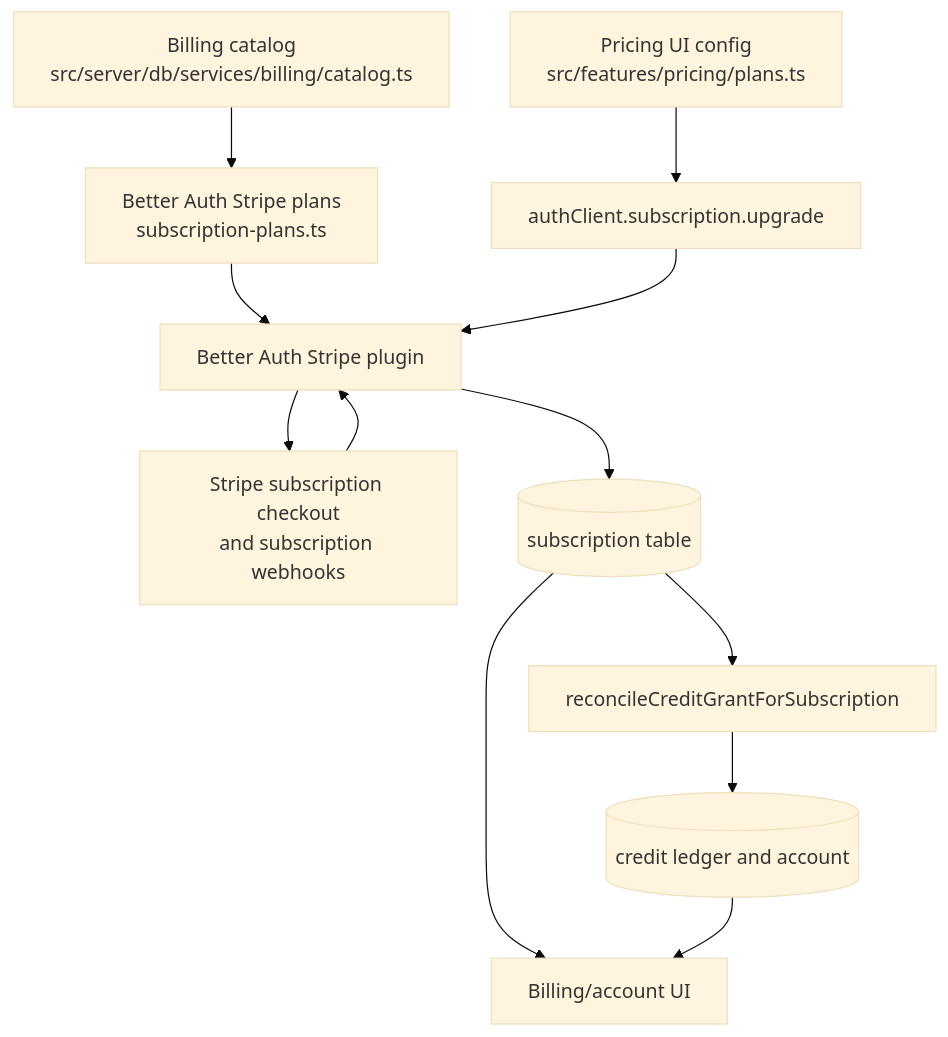
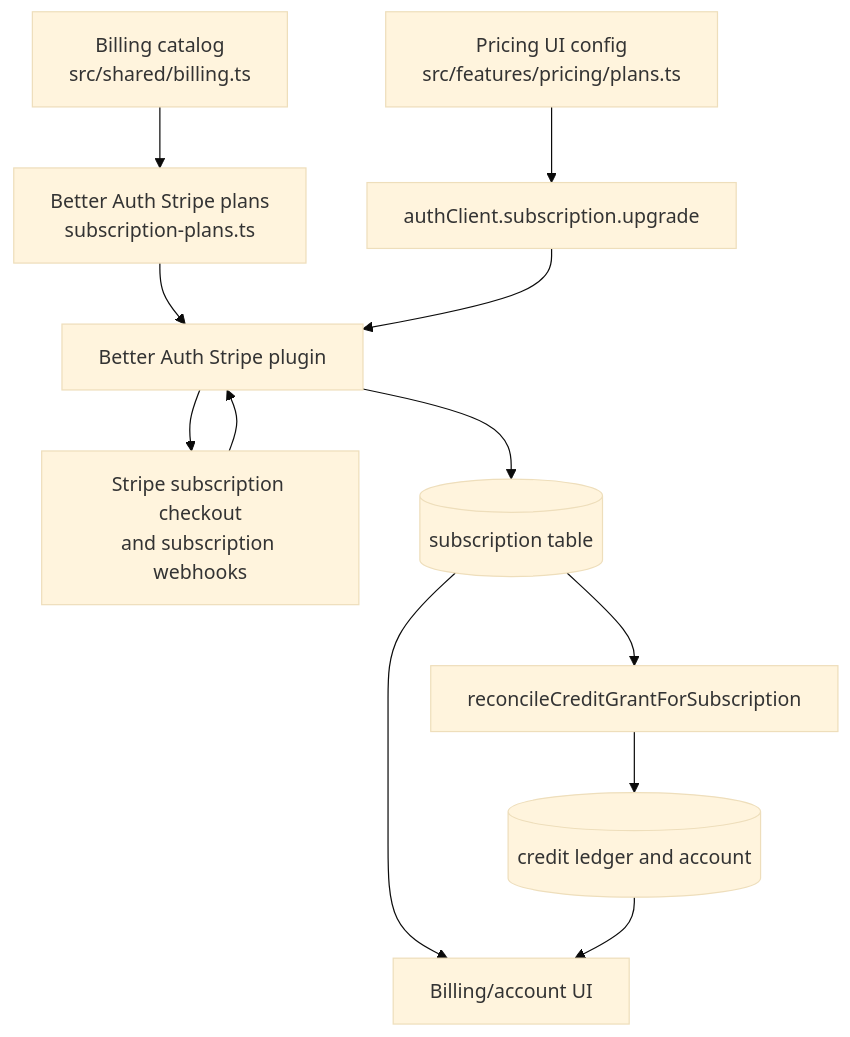
The first of 2 diagrams in docs/adapters/billing.md (shivamrun/mirage), drawn with Mermaid (base theme) before and after one commit. The commit also changed other lines of this file and 56 other files, not shown here.

````diff
--- a/docs/adapters/billing.md
+++ b/docs/adapters/billing.md
@@ -19,20 +18,20 @@
 ```mermaid
 flowchart TD
   pricing[Pricing UI config<br/>src/features/pricing/plans.ts]
-  catalog[Billing catalog<br/>src/server/db/services/billing/catalog.ts]
+  catalog[Billing catalog<br/>src/shared/billing.ts]
   plans[Better Auth Stripe plans<br/>subscription-plans.ts]
   checkout[authClient.subscription.upgrade]
   stripeSub[Stripe subscription checkout<br/>and subscription webhooks]
   betterAuth[Better Auth Stripe plugin]
   subTable[(subscription table)]
   grants[reconcileCreditGrantForSubscription]
   ledger[(credit ledger and account)]
   account[Billing/account UI]
 
   pricing --> checkout
   catalog --> plans
   plans --> betterAuth
   checkout --> betterAuth --> stripeSub --> betterAuth --> subTable --> grants --> ledger
   subTable --> account
   ledger --> account
 ```
````
